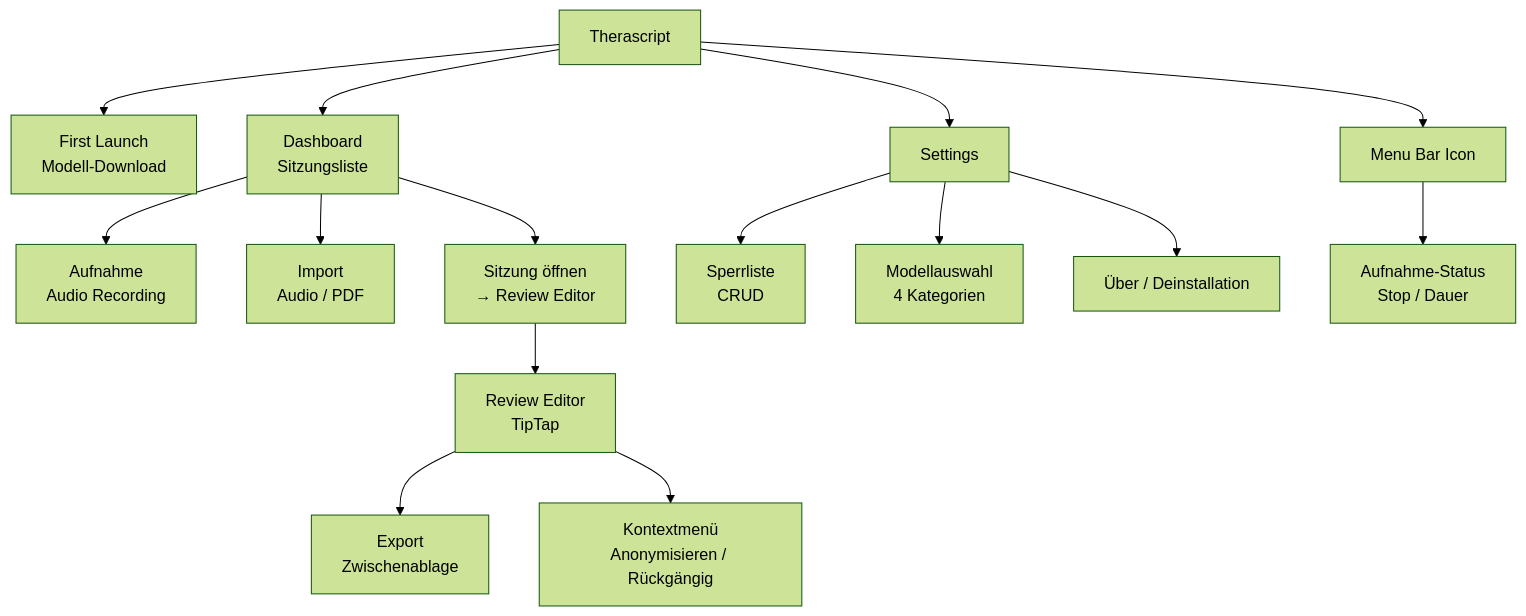
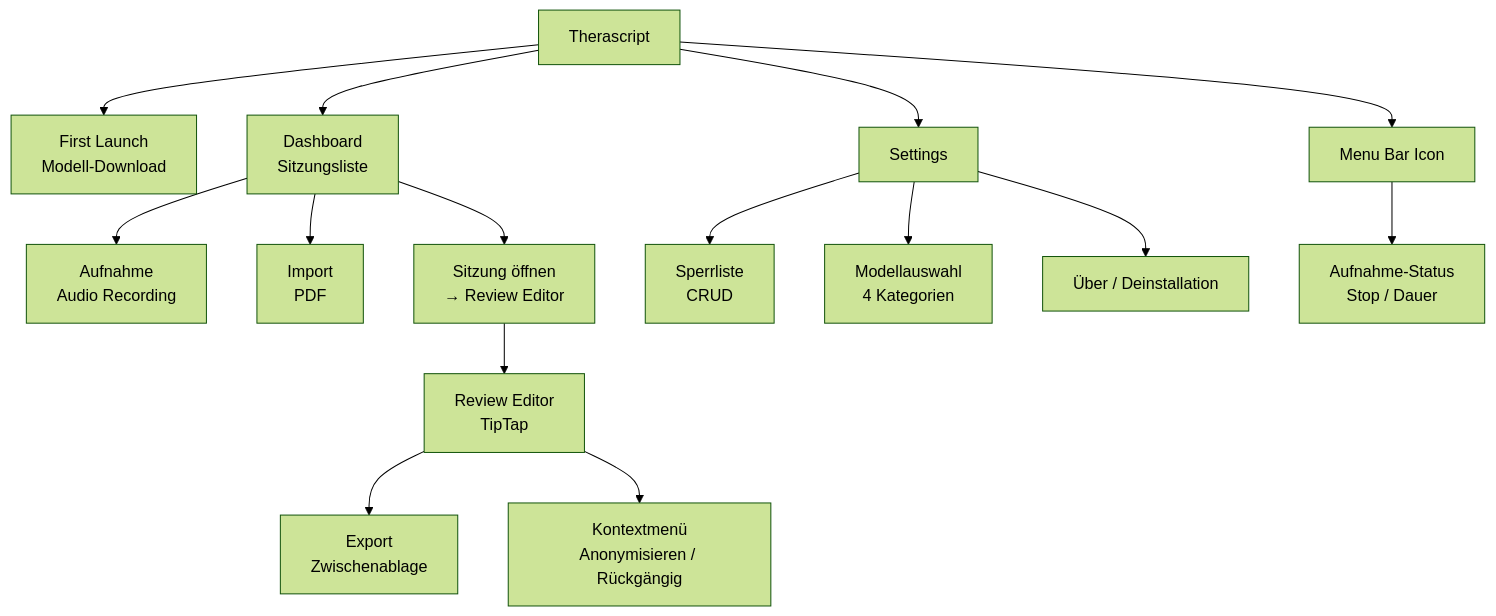
The first of 4 diagrams in wireframes.md (adbstyle/therascripter), drawn with Mermaid (forest theme) before and after one commit. The commit also changed 3 other files, not shown here.

First line of the commit message:
Remove user-facing Audio-Import from all documentation

````diff
--- a/wireframes.md
+++ b/wireframes.md
@@ -68,23 +68,23 @@
 ```mermaid
 flowchart TB
     App[Therascript]
 
     App --> FL[First Launch<br/>Modell-Download]
     App --> Dash[Dashboard<br/>Sitzungsliste]
     App --> Settings[Settings]
     App --> Tray[Menu Bar Icon]
 
     Dash --> Rec[Aufnahme<br/>Audio Recording]
-    Dash --> Import[Import<br/>Audio / PDF]
+    Dash --> Import[Import<br/>PDF]
     Dash --> Session[Sitzung öffnen<br/>→ Review Editor]
 
     Session --> Review[Review Editor<br/>TipTap]
     Review --> Export[Export<br/>Zwischenablage]
     Review --> CM[Kontextmenü<br/>Anonymisieren / Rückgängig]
 
     Settings --> BL[Sperrliste<br/>CRUD]
     Settings --> Models[Modellauswahl<br/>4 Kategorien]
     Settings --> About[Über / Deinstallation]
 
     Tray --> TrayRec[Aufnahme-Status<br/>Stop / Dauer]
 ```
````
